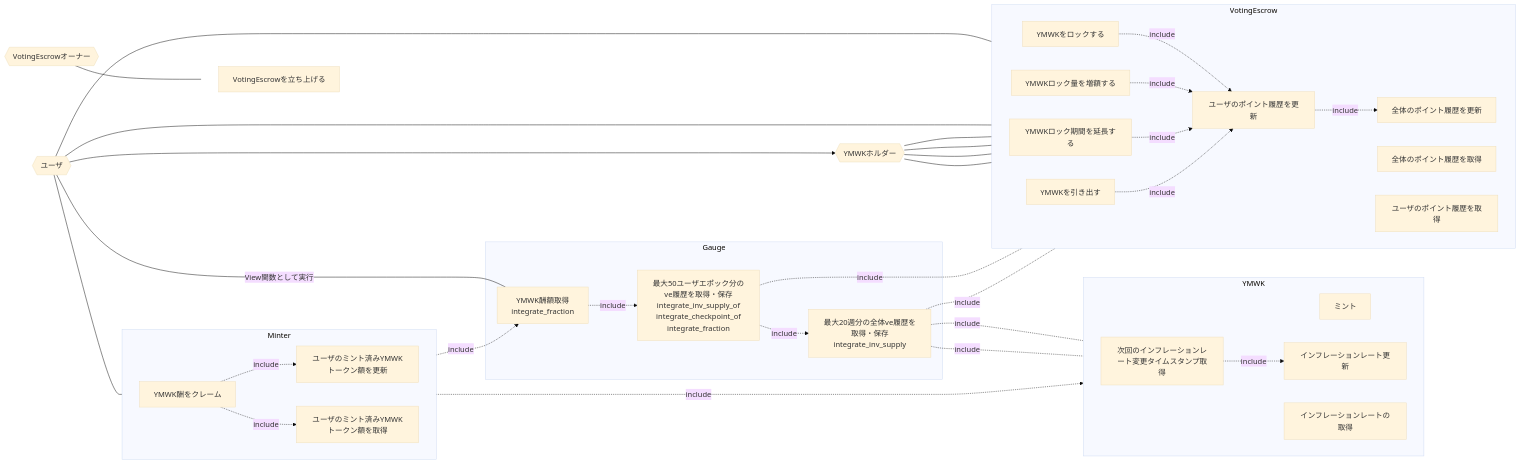
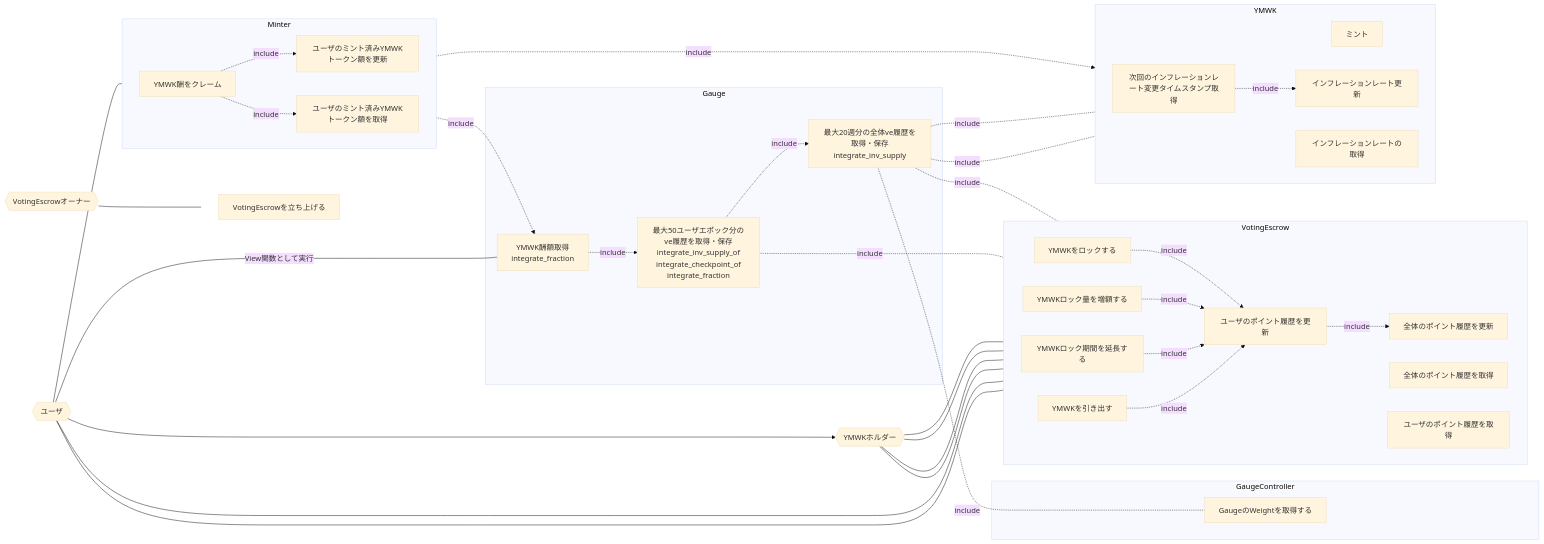
Before and after one commit to DeFiGeek-Community/yamawake: the diagram in doc/ja/VotingEscrow/usecase.md, drawn with Mermaid (base theme). The commit also changed 12 other files, not shown here.

```diff
--- a/doc/ja/VotingEscrow/usecase.md
+++ b/doc/ja/VotingEscrow/usecase.md
@@ -73,6 +73,8 @@
 
 
     claimable_tokens["YMWK酬額取得\nintegrate_fraction"]
+
+    gauge_relative_weight["GaugeのWeightを取得する"]
 
     create_lock -.->|include| uck
     increase_amount -.->|include| uck
@@ -105,6 +107,10 @@
     integral -.-|include| rate
     integral -.-|include| future_epoch_time_write
 
+    integral -.-|include| gauge_relative_weight
+
+
+
     owner --- deploy
 
     subgraph Admin[ ]
@@ -118,6 +124,10 @@
       claimable_tokens
       integral_of
       integral
+    end
+
+    subgraph GaugeController
+      gauge_relative_weight
     end
 
     subgraph VotingEscrow
```
